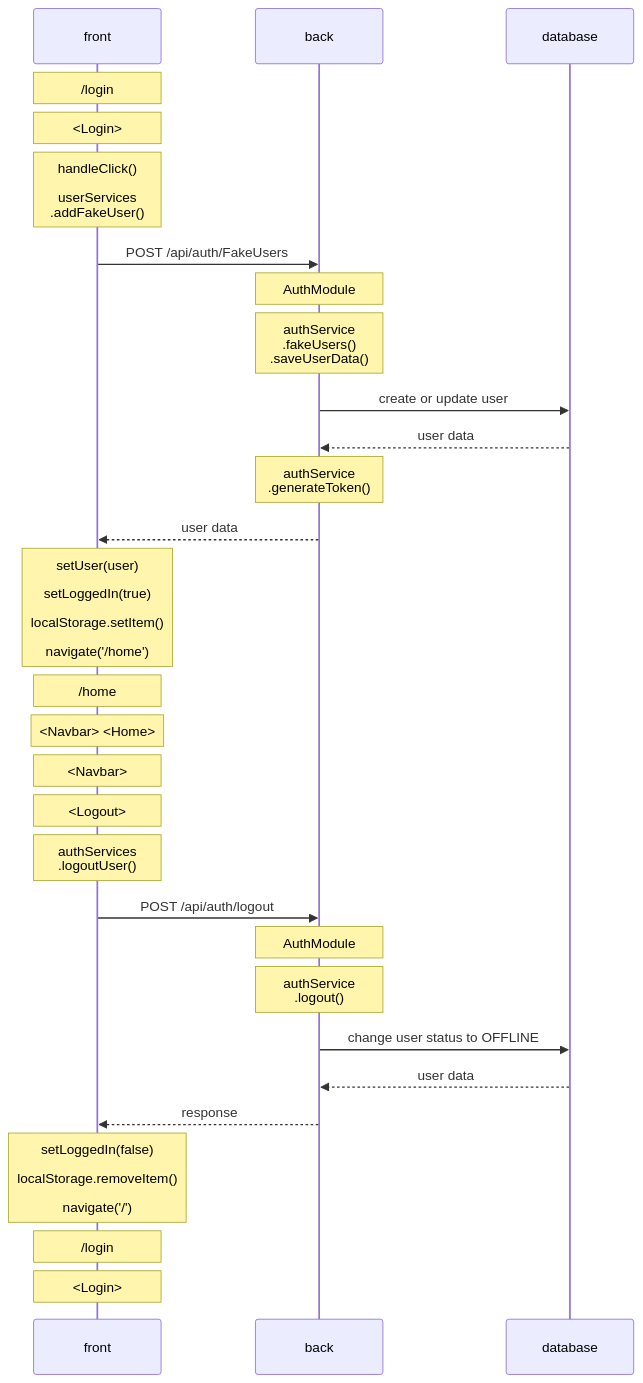
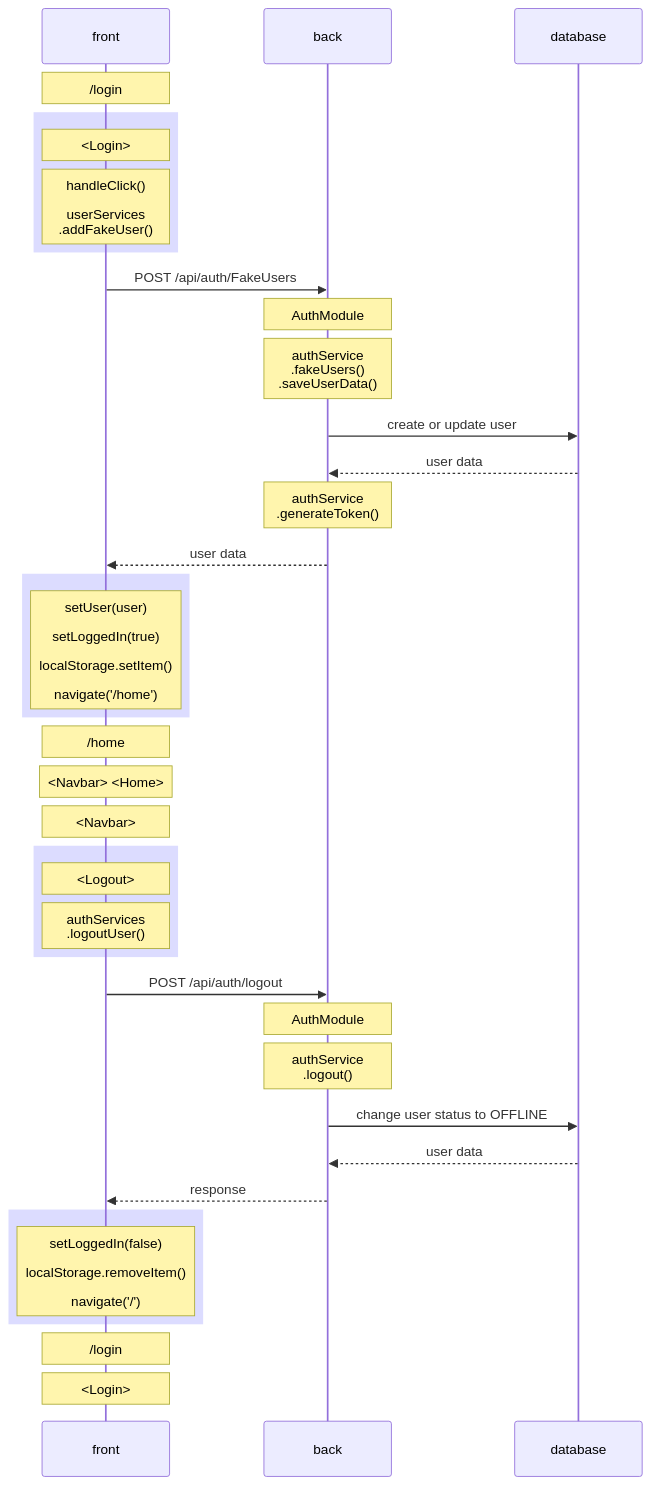
The diagram in README.md (TDSn3/transcendence), drawn with Mermaid before and after one commit.

````diff
--- a/README.md
+++ b/README.md
@@ -116,33 +116,39 @@
 ``` mermaid
 sequenceDiagram
 
-    %% Login FakeUser 
 	note over front: /login
+    rect rgb(220, 220, 255)
     note over front: <Login>
     note over front: handleClick() <br/><br/> userServices <br/> .addFakeUser()
+    end
     front->>back: POST /api/auth/FakeUsers
     note over back: AuthModule
     note over back: authService <br/> .fakeUsers() <br/> .saveUserData()
     back->>database: create or update user
     database-->>back: user data
     note over back: authService <br/> .generateToken()
     back-->>front: user data
+    rect rgb(220, 220, 255)
     note over front: setUser(user) <br/><br/> setLoggedIn(true) <br/><br/> localStorage.setItem() <br/><br/> navigate('/home')
+    end
     note over front: /home
     note over front: <Navbar> <Home>
 
-    %% Logout
     note over front: <Navbar>
+    rect rgb(220, 220, 255)
     note over front: <Logout>
     note over front: authServices <br/> .logoutUser()
+    end
     front->>back: POST /api/auth/logout
     note over back: AuthModule
     note over back: authService <br/> .logout()
     back->>database: change user status to OFFLINE
     database-->>back: user data
     back-->>front: response
+    rect rgb(220, 220, 255)
     note over front: setLoggedIn(false) <br/><br/> localStorage.removeItem() <br/><br/> navigate('/')
+    end
     note over front: /login
     note over front: <Login>
 
 ```
````
